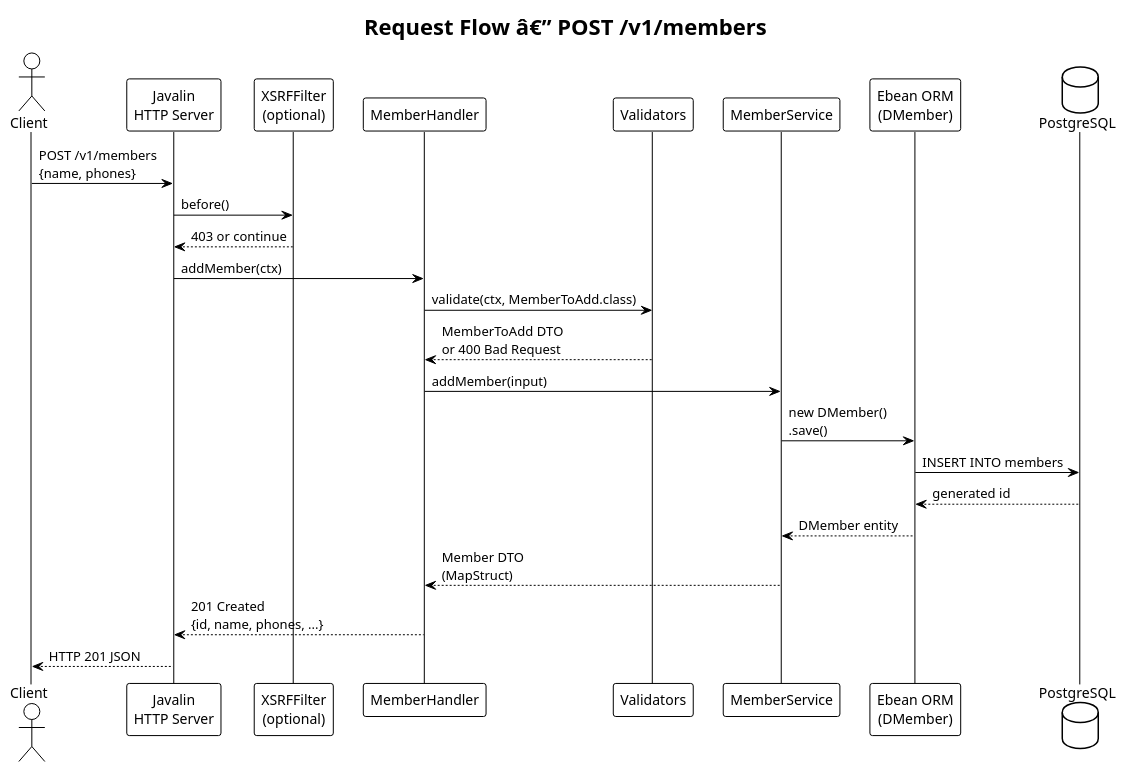
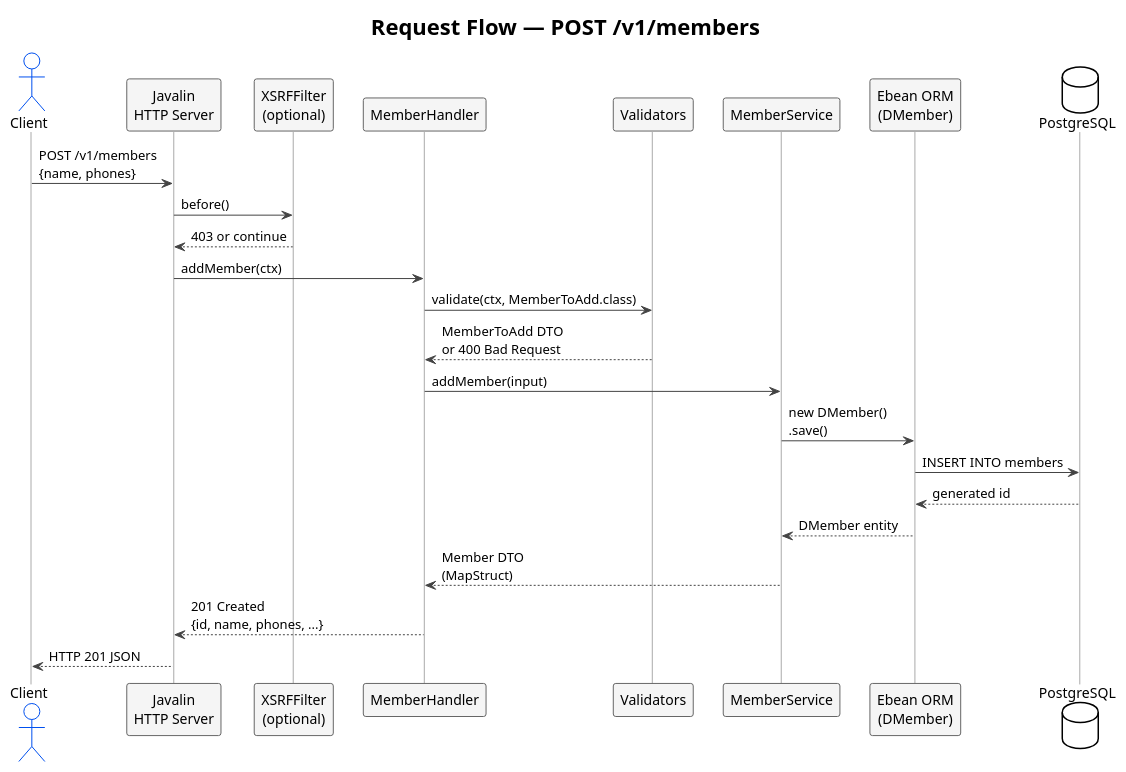
One commit to batzorigt/rest-api-template changed the fifth of 8 diagrams in docs/architecture.md. Above: the diagram before and after it, drawn with PlantUML. The commit also changed other lines of this file, not shown here.

````diff
--- a/docs/architecture.md
+++ b/docs/architecture.md
@@ -93,32 +247,39 @@
 ```plantuml
 @startuml RequestFlow
 !theme plain
-title Request Flow â€” POST /v1/members
+title Request Flow — POST /v1/members
 
+skinparam sequence {
+  ArrowColor #444444
+  ActorBorderColor #0050ef
+  LifeLineBorderColor #aaaaaa
+  ParticipantBackgroundColor #f5f5f5
+  ParticipantBorderColor #666666
+}
 
 actor "Client" as client
 participant "Javalin\nHTTP Server" as server
 participant "XSRFFilter\n(optional)" as xsrf
 participant "MemberHandler" as handler
 participant "Validators" as validator
 participant "MemberService" as service
 participant "Ebean ORM\n(DMember)" as orm
 database "PostgreSQL" as db
 
 client -> server : POST /v1/members\n{name, phones}
 server -> xsrf : before()
 xsrf --> server : 403 or continue
 server -> handler : addMember(ctx)
 handler -> validator : validate(ctx, MemberToAdd.class)
 validator --> handler : MemberToAdd DTO\nor 400 Bad Request
 handler -> service : addMember(input)
 service -> orm : new DMember()\n.save()
 orm -> db : INSERT INTO members
 db --> orm : generated id
 orm --> service : DMember entity
 service --> handler : Member DTO\n(MapStruct)
 handler --> server : 201 Created\n{id, name, phones, ...}
 server --> client : HTTP 201 JSON
 
 @enduml
 ```
````
